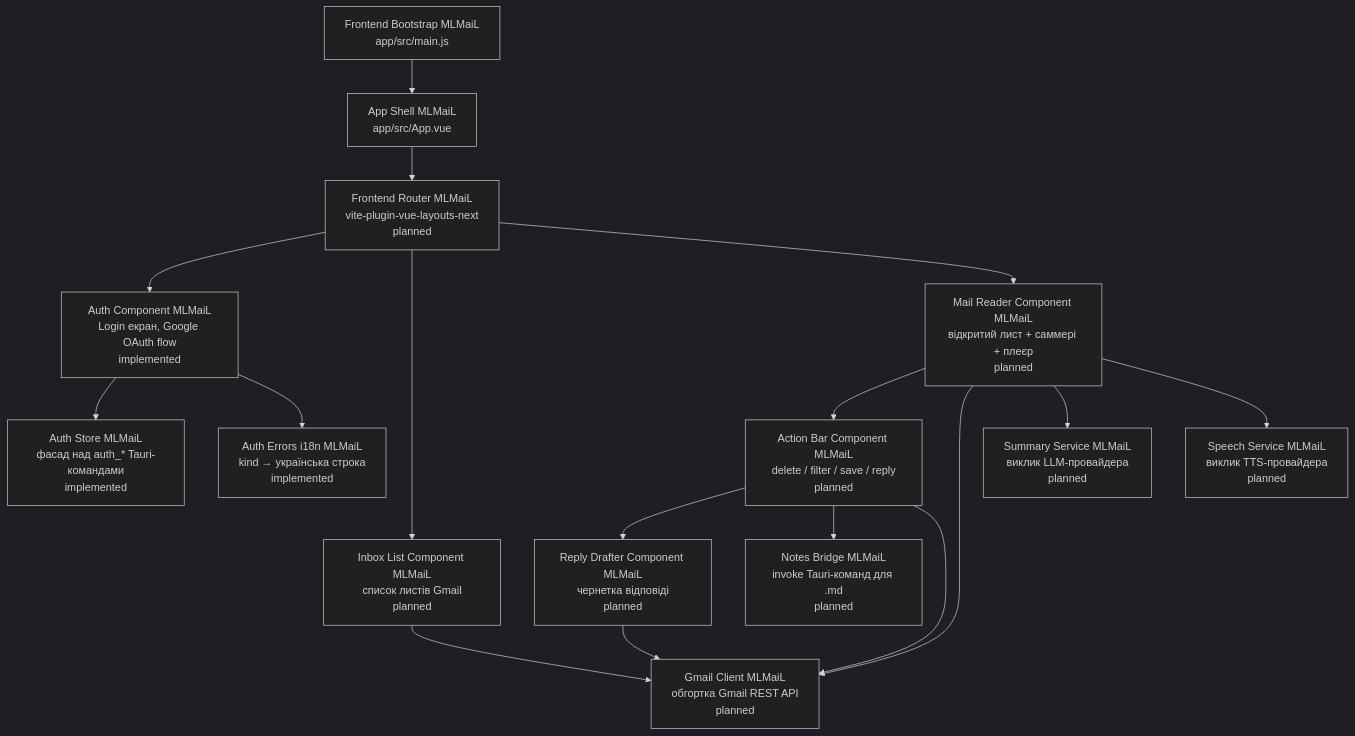
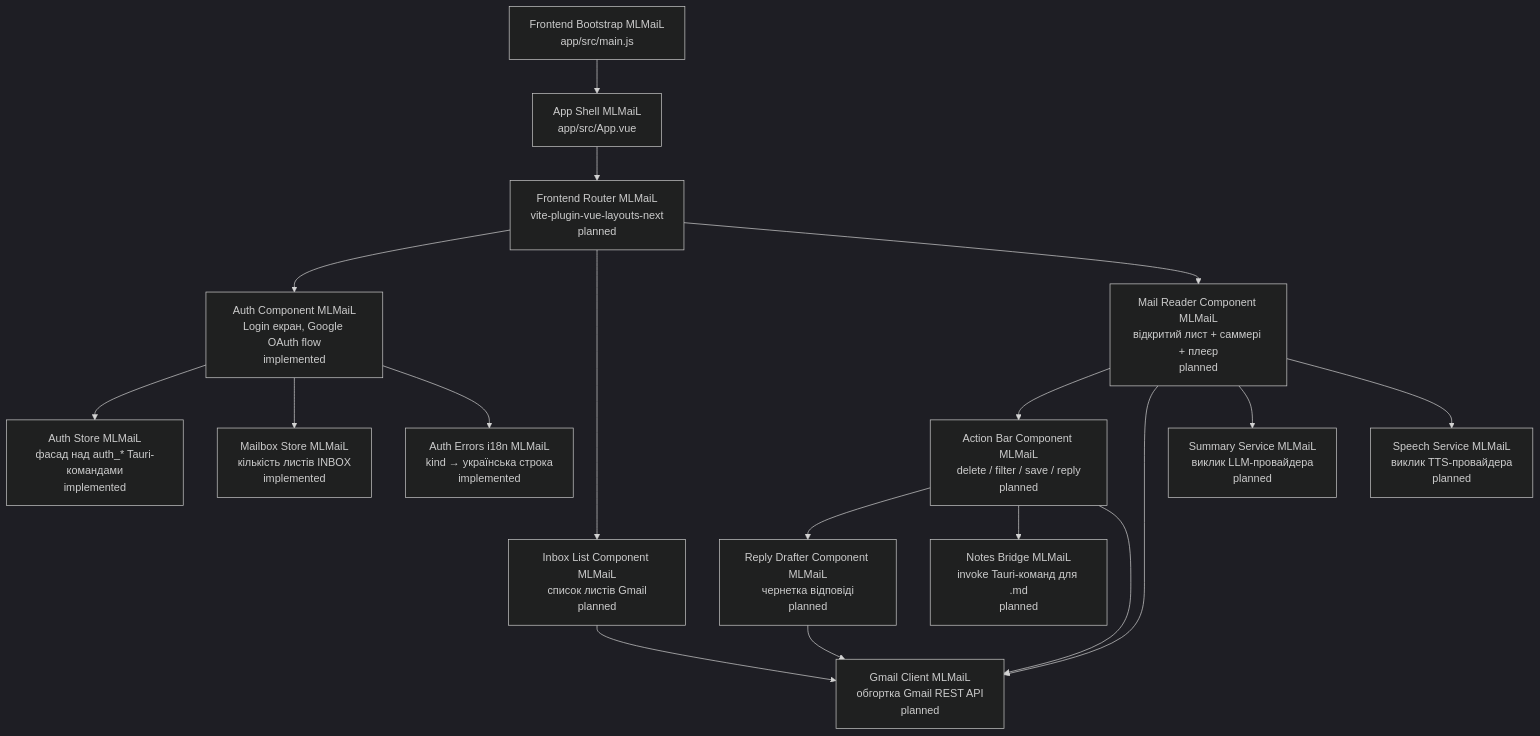
Before and after one commit to vitaliytv/mlmail: the first of 2 diagrams in docs/ci4/03-components.md, drawn with Mermaid (dark theme). The commit also changed other lines of this file and 15 other files, not shown here.

````diff
--- a/docs/ci4/03-components.md
+++ b/docs/ci4/03-components.md
@@ -12,39 +12,41 @@
 ```mermaid
 graph TB
     Bootstrap[Frontend Bootstrap MLMaiL<br/>app/src/main.js]
     Router[Frontend Router MLMaiL<br/>vite-plugin-vue-layouts-next<br/>planned]
     AppShell[App Shell MLMaiL<br/>app/src/App.vue]
 
     Auth[Auth Component MLMaiL<br/>Login екран, Google OAuth flow<br/>implemented]
     Inbox[Inbox List Component MLMaiL<br/>список листів Gmail<br/>planned]
     Reader[Mail Reader Component MLMaiL<br/>відкритий лист + саммері + плеєр<br/>planned]
     Actions[Action Bar Component MLMaiL<br/>delete / filter / save / reply<br/>planned]
     Drafter[Reply Drafter Component MLMaiL<br/>чернетка відповіді<br/>planned]
 
     SummaryService[Summary Service MLMaiL<br/>виклик LLM-провайдера<br/>planned]
     SpeechService[Speech Service MLMaiL<br/>виклик TTS-провайдера<br/>planned]
     GmailClient[Gmail Client MLMaiL<br/>обгортка Gmail REST API<br/>planned]
     AuthStore[Auth Store MLMaiL<br/>фасад над auth_* Tauri-командами<br/>implemented]
+    MailboxStore[Mailbox Store MLMaiL<br/>кількість листів INBOX<br/>implemented]
     AuthI18n[Auth Errors i18n MLMaiL<br/>kind → українська строка<br/>implemented]
     NotesBridge[Notes Bridge MLMaiL<br/>invoke Tauri-команд для .md<br/>planned]
 
     Bootstrap --> AppShell
     AppShell --> Router
     Router --> Auth
     Router --> Inbox
     Router --> Reader
 
     Reader --> Actions
     Actions --> Drafter
 
     Auth --> AuthStore
+    Auth --> MailboxStore
     Auth --> AuthI18n
     Inbox --> GmailClient
     Reader --> GmailClient
     Reader --> SummaryService
     Reader --> SpeechService
     Drafter --> GmailClient
 
     Actions --> NotesBridge
     Actions --> GmailClient
 ```
````
